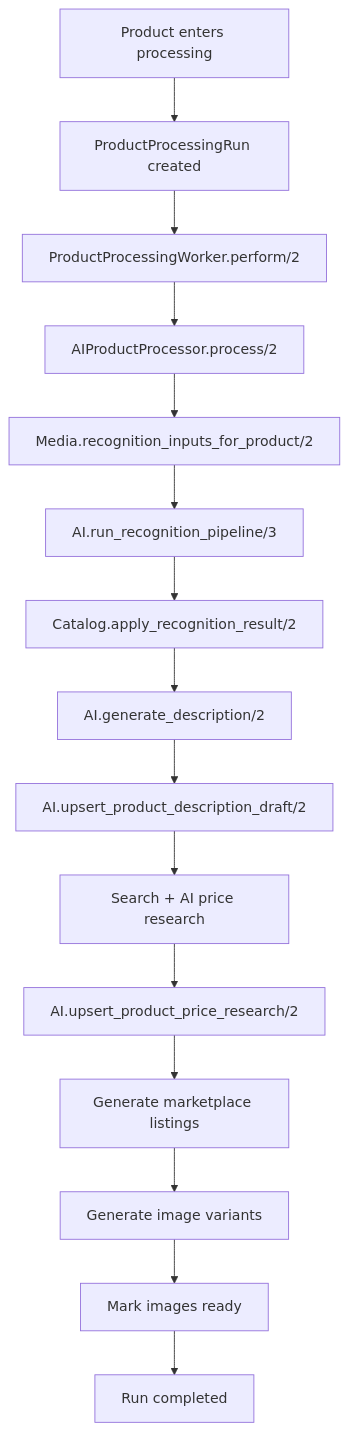
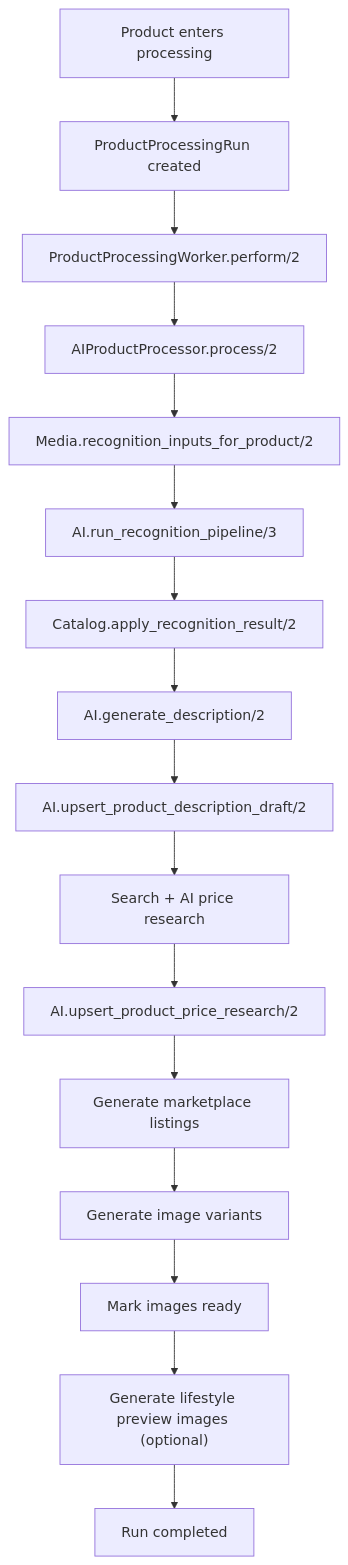
Before and after one commit to mpakus/resellerio: the third of 3 diagrams in docs/ARCHITECTURE.md, drawn with Mermaid. The commit also changed other lines of this file and 67 other files, not shown here.

````diff
--- a/docs/ARCHITECTURE.md
+++ b/docs/ARCHITECTURE.md
@@ -691,17 +750,18 @@
 ```mermaid
 flowchart TD
     A["Product enters processing"] --> B["ProductProcessingRun created"]
     B --> C["ProductProcessingWorker.perform/2"]
     C --> D["AIProductProcessor.process/2"]
     D --> E["Media.recognition_inputs_for_product/2"]
     E --> F["AI.run_recognition_pipeline/3"]
     F --> G["Catalog.apply_recognition_result/2"]
     G --> H["AI.generate_description/2"]
     H --> I["AI.upsert_product_description_draft/2"]
     I --> J["Search + AI price research"]
     J --> K["AI.upsert_product_price_research/2"]
     K --> L["Generate marketplace listings"]
     L --> M["Generate image variants"]
     M --> N["Mark images ready"]
-    N --> O["Run completed"]
+    N --> O["Generate lifestyle preview images (optional)"]
+    O --> P["Run completed"]
 ```
````
